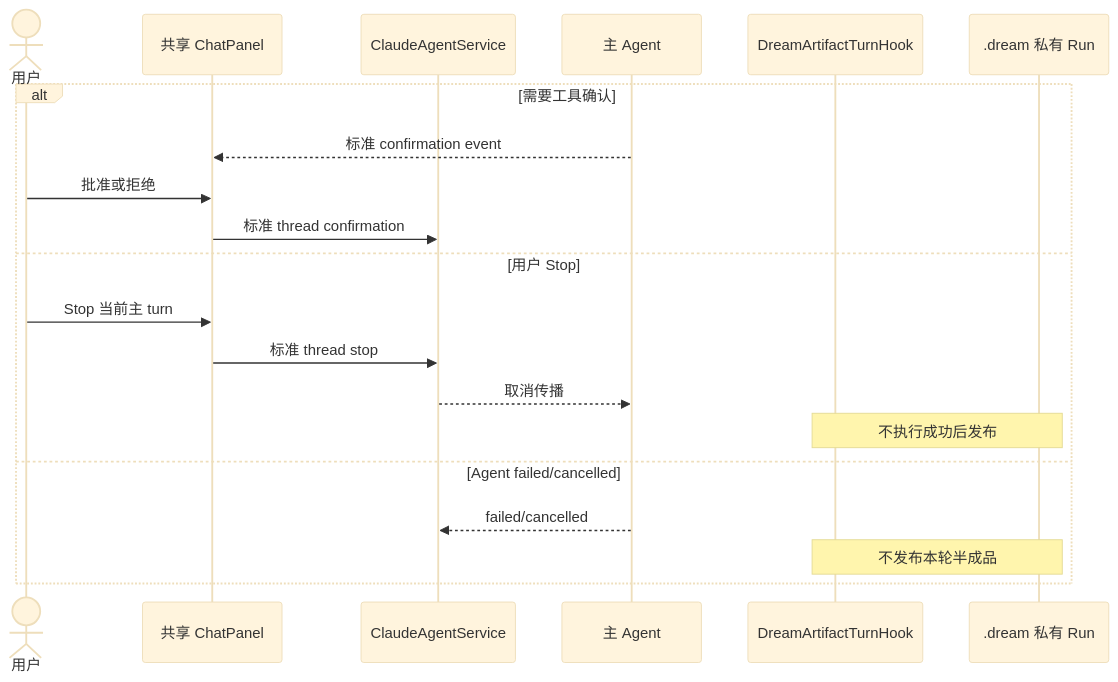
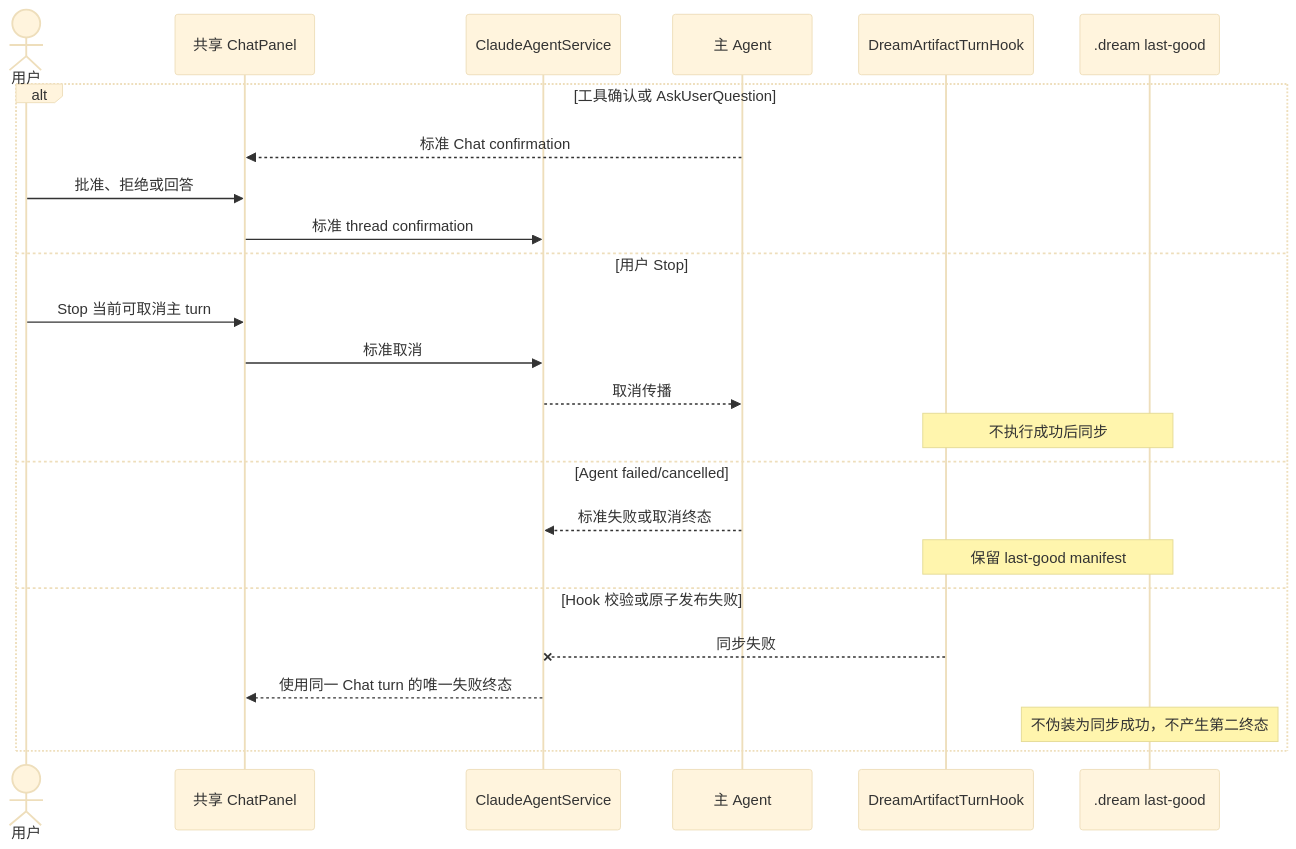
One commit to glide-the/im-dream changed the seventh of 8 diagrams in docs/design/dream-agent/business-interaction-design.md. Above: the diagram before and after it, drawn with Mermaid (base theme). The commit also changed other lines of this file and 99 other files, not shown here.

````diff
--- a/docs/design/dream-agent/business-interaction-design.md
+++ b/docs/design/dream-agent/business-interaction-design.md
@@ -172,23 +199,27 @@
 ```mermaid
 sequenceDiagram
     actor U as 用户
     participant UI as 共享 ChatPanel
     participant S as ClaudeAgentService
     participant A as 主 Agent
     participant H as DreamArtifactTurnHook
-    participant P as .dream 私有 Run
+    participant P as .dream last-good
 
-    alt 需要工具确认
-        A-->>UI: 标准 confirmation event
-        U->>UI: 批准或拒绝
+    alt 工具确认或 AskUserQuestion
+        A-->>UI: 标准 Chat confirmation
+        U->>UI: 批准、拒绝或回答
         UI->>S: 标准 thread confirmation
     else 用户 Stop
-        U->>UI: Stop 当前主 turn
-        UI->>S: 标准 thread stop
+        U->>UI: Stop 当前可取消主 turn
+        UI->>S: 标准取消
         S-->>A: 取消传播
-        Note over H,P: 不执行成功后发布
+        Note over H,P: 不执行成功后同步
     else Agent failed/cancelled
-        A-->>S: failed/cancelled
-        Note over H,P: 不发布本轮半成品
+        A-->>S: 标准失败或取消终态
+        Note over H,P: 保留 last-good manifest
+    else Hook 校验或原子发布失败
+        H--xS: 同步失败
+        S-->>UI: 使用同一 Chat turn 的唯一失败终态
+        Note over P: 不伪装为同步成功，不产生第二终态
     end
 ```
````
